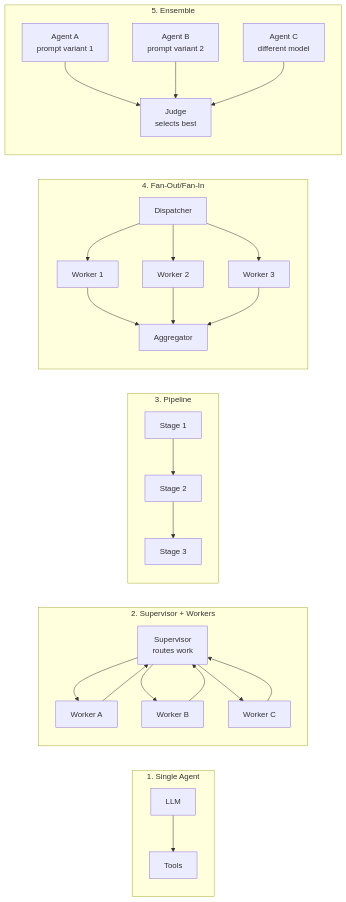
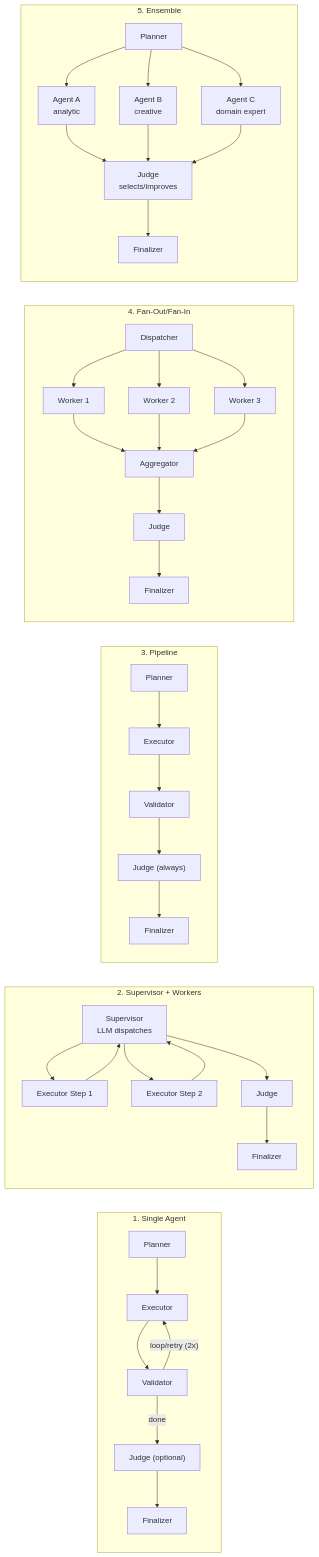
Before and after one commit to nikunjkumar05/multi_agent: the second of 3 diagrams in docs/plan.md, drawn with Mermaid. The commit also changed other lines of this file and 7 other files, not shown here.

````diff
--- a/docs/plan.md
+++ b/docs/plan.md
@@ -84,30 +83,43 @@
 ```mermaid
 flowchart LR
     subgraph "1. Single Agent"
-        A1["LLM"] --> T1["Tools"]
+        A1["Planner"] --> A2["Executor"]
+        A2 --> A3["Validator"]
+        A3 -->|"loop/retry (2x)"| A2
+        A3 -->|"done"| J1["Judge (optional)"]
+        J1 --> F1["Finalizer"]
     end
     subgraph "2. Supervisor + Workers"
-        S["Supervisor<br/>routes work"] --> W1["Worker A"]
-        S --> W2["Worker B"]
-        S --> W3["Worker C"]
+        S["Supervisor<br/>LLM dispatches"] --> W1["Executor Step 1"]
+        S --> W2["Executor Step 2"]
         W1 --> S
         W2 --> S
-        W3 --> S
+        S --> J2["Judge"]
+        J2 --> F2["Finalizer"]
     end
     subgraph "3. Pipeline"
-        P1["Stage 1"] --> P2["Stage 2"] --> P3["Stage 3"]
+        P1["Planner"] --> P2["Executor"]
+        P2 --> P3["Validator"]
+        P3 --> P4["Judge (always)"]
+        P4 --> P5["Finalizer"]
     end
     subgraph "4. Fan-Out/Fan-In"
-        DIS["Dispatcher"] --> F1["Worker 1"]
-        DIS --> F2["Worker 2"]
-        DIS --> F3["Worker 3"]
-        F1 --> AGG["Aggregator"]
-        F2 --> AGG
-        F3 --> AGG
+        D1["Dispatcher"] --> F3["Worker 1"]
+        D1 --> F4["Worker 2"]
+        D1 --> F5["Worker 3"]
+        F3 --> A4["Aggregator"]
+        F4 --> A4
+        F5 --> A4
+        A4 --> J4["Judge"]
+        J4 --> F6["Finalizer"]
     end
     subgraph "5. Ensemble"
-        E1["Agent A<br/>prompt variant 1"] --> J["Judge<br/>selects best"]
-        E2["Agent B<br/>prompt variant 2"] --> J
-        E3["Agent C<br/>different model"] --> J
+        SN["Planner"] --> E1["Agent A<br/>analytic"]
+        SN --> E2["Agent B<br/>creative"]
+        SN --> E3["Agent C<br/>domain expert"]
+        E1 --> J5["Judge<br/>selects/improves"]
+        E2 --> J5
+        E3 --> J5
+        J5 --> F7["Finalizer"]
     end
 ```
````
